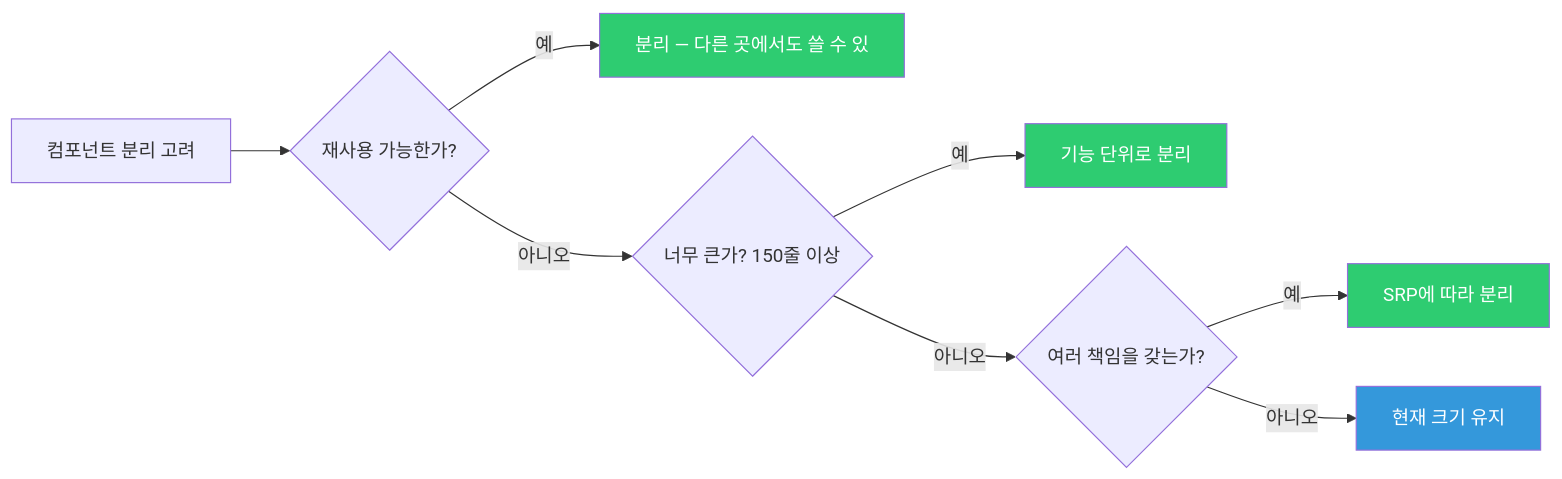
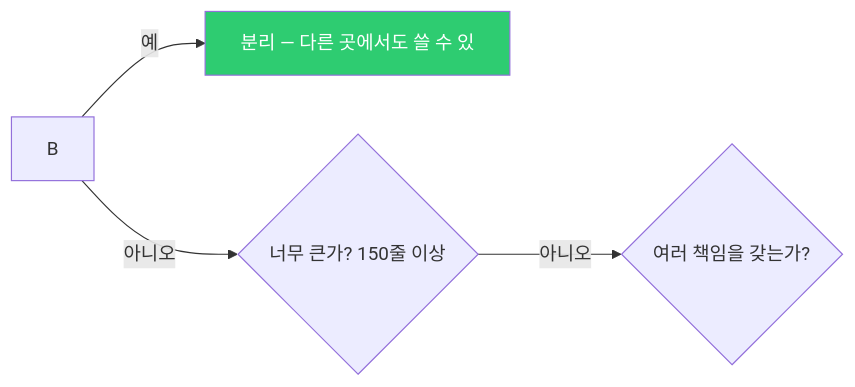
The second of 6 diagrams in _posts/frontend/2026-05-02-frontend-architecture.md (yjkim2015/yjkim2015.github.io), drawn with Mermaid before and after one commit. The commit also changed other lines of this file and 132 other files, not shown here.

First line of the commit message:
Mermaid 다이어그램 가독성 정리: 단순 제거, 노드 축소, TD→LR 변환

````diff
--- a/_posts/frontend/2026-05-02-frontend-architecture.md
+++ b/_posts/frontend/2026-05-02-frontend-architecture.md
@@ -40,14 +40,7 @@
 ```mermaid
 flowchart LR
-    A["컴포넌트 분리 고려"] --> B{"재사용 가능한가?"}
     B -->|"예"| C["분리 — 다른 곳에서도 쓸 수 있"]
     B -->|"아니오"| D{"너무 큰가? 150줄 이상"}
-    D -->|"예"| E["기능 단위로 분리"]
     D -->|"아니오"| F{"여러 책임을 갖는가?"}
-    F -->|"예"| G["SRP에 따라 분리"]
-    F -->|"아니오"| H["현재 크기 유지"]
     style C fill:#2ecc71,color:#fff
-    style E fill:#2ecc71,color:#fff
-    style G fill:#2ecc71,color:#fff
-    style H fill:#3498db,color:#fff
 ```
````
